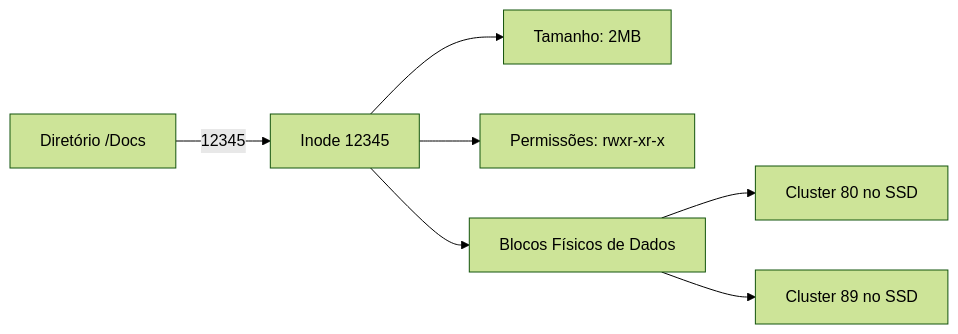
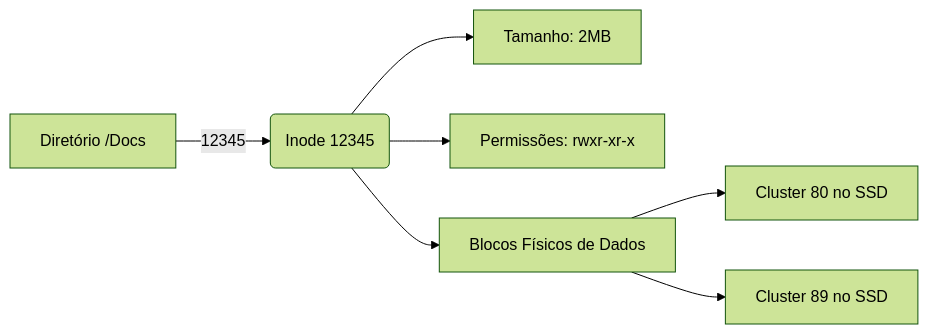
The diagram in docs/slides/slide-14.md (ricardotecpro/ads_extra_hardware_e_compiladores), drawn with Mermaid (forest theme) before and after one commit. The commit also changed other lines of this file and 33 other files, not shown here.

Commit message:
docs: acerta padding dos slides gerados para media fiel de 25 frames e corrige syntax do mermaid parse

````diff
--- a/docs/slides/slide-14.md
+++ b/docs/slides/slide-14.md
@@ -12,9 +12,9 @@
 ```mermaid
 graph LR
-    A[Diretório /Docs] -->|12345| B[Inode 12345]
-    B --> C[Tamanho: 2MB]
-    B --> D[Permissões: rwxr-xr-x]
-    B --> E[Blocos Físicos de Dados]
-    E --> F[Cluster 80 no SSD]
-    E --> G[Cluster 89 no SSD]
+    A["Diretório /Docs"] -->|12345| B("Inode 12345")
+    B --> C["Tamanho: 2MB"]
+    B --> D["Permissões: rwxr-xr-x"]
+    B --> E["Blocos Físicos de Dados"]
+    E --> F["Cluster 80 no SSD"]
+    E --> G["Cluster 89 no SSD"]
 ```
````
